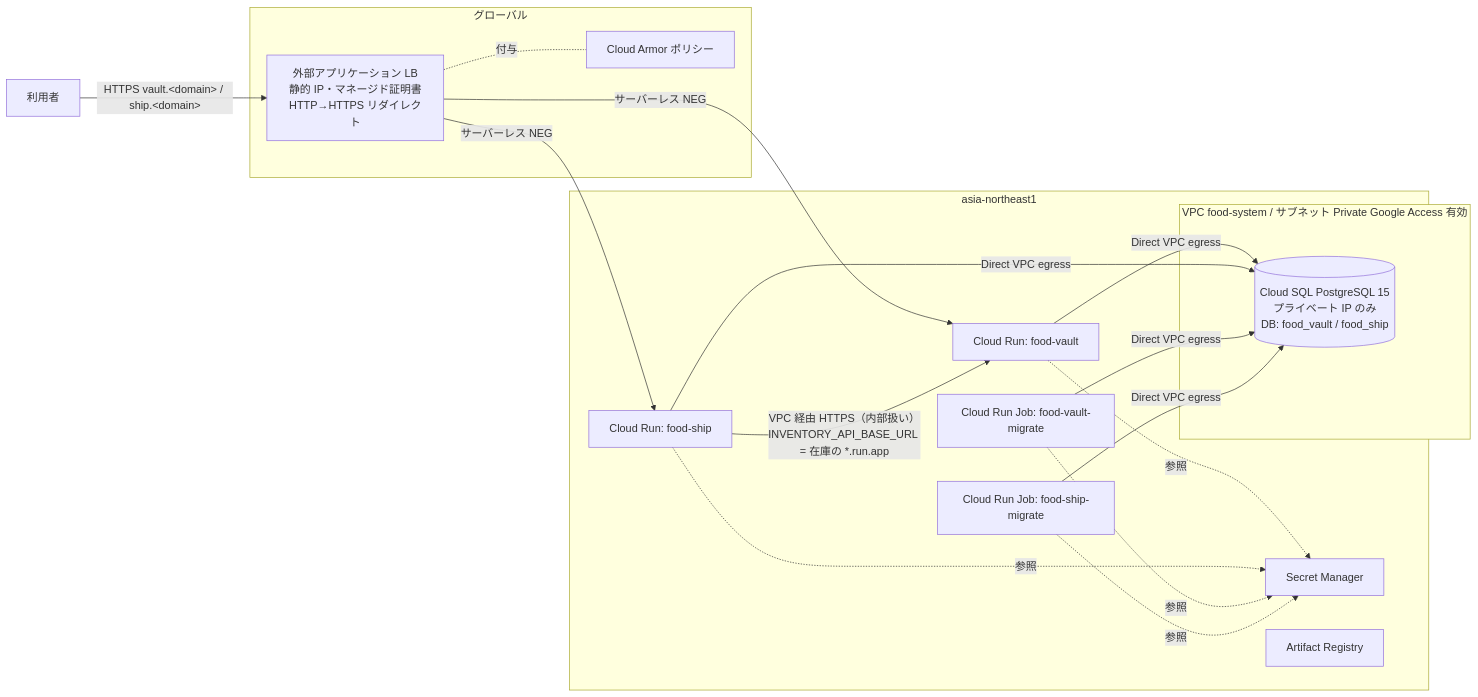
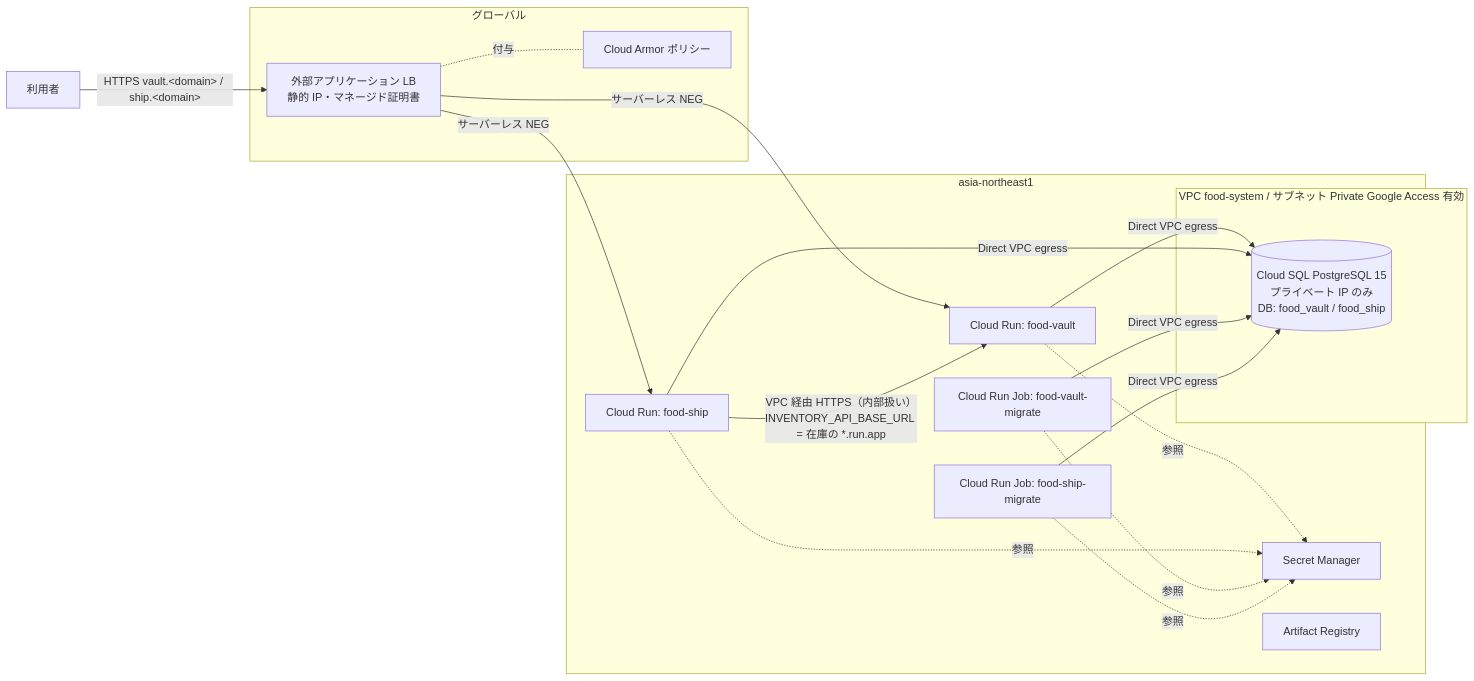
One commit to suzuki-t0505/food_system changed the diagram in .steering/20261105-gcp-terraform/design.md. Above: the diagram before and after it, drawn with Mermaid. The commit also changed other lines of this file and 9 other files, not shown here.

````diff
--- a/.steering/20261105-gcp-terraform/design.md
+++ b/.steering/20261105-gcp-terraform/design.md
@@ -8,25 +8,25 @@
 ```mermaid
 flowchart LR
   U[利用者] -- "HTTPS vault.&lt;domain&gt; / ship.&lt;domain&gt;" --> LB
   subgraph G[グローバル]
-    LB[外部アプリケーション LB<br/>静的 IP・マネージド証明書<br/>HTTP→HTTPS リダイレクト]
+    LB[外部アプリケーション LB<br/>静的 IP・マネージド証明書]
     CA[Cloud Armor ポリシー]
   end
   LB -. 付与 .- CA
   LB -- サーバーレス NEG --> RV
   LB -- サーバーレス NEG --> RS
   subgraph R[asia-northeast1]
     RV[Cloud Run: food-vault]
     RS[Cloud Run: food-ship]
     JV[Cloud Run Job: food-vault-migrate]
     JS[Cloud Run Job: food-ship-migrate]
     subgraph V[VPC food-system / サブネット Private Google Access 有効]
       SQL[(Cloud SQL PostgreSQL 15<br/>プライベート IP のみ<br/>DB: food_vault / food_ship)]
     end
     SM[Secret Manager]
     AR[Artifact Registry]
   end
   RS -- "VPC 経由 HTTPS（内部扱い）<br/>INVENTORY_API_BASE_URL = 在庫の *.run.app" --> RV
   RV & RS & JV & JS -- Direct VPC egress --> SQL
   RV & RS & JV & JS -. 参照 .-> SM
 ```
````
